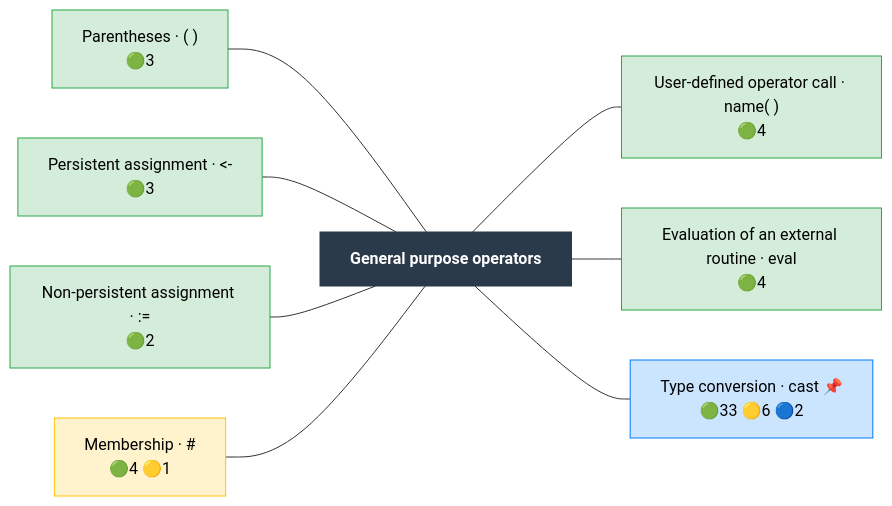
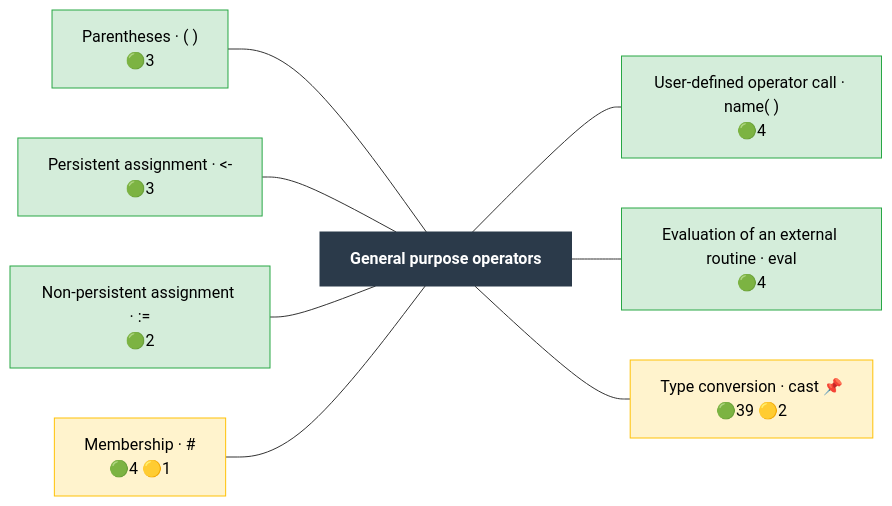
The diagram in docs/operator_map/general/index.rst (Meaningful-Data/vtlengine), drawn with Mermaid before and after one commit. The commit also changed other lines of this file and 86 other files, not shown here.

```diff
--- a/docs/operator_map/general/index.rst
+++ b/docs/operator_map/general/index.rst
@@ -24,33 +24,33 @@
 .. mermaid::
    :config: {"flowchart": {"useMaxWidth": false}}
 
    flowchart LR
        classDef ok fill:#d4edda,stroke:#28a745,color:#000
        classDef partial fill:#fff3cd,stroke:#ffc107,color:#000
        classDef refused fill:#d4edda,stroke:#28a745,stroke-width:3px,stroke-dasharray: 2 2,color:#000
        classDef missing fill:#f8d7da,stroke:#dc3545,color:#000
        classDef diverge fill:#cce5ff,stroke:#007bff,color:#000
        classDef block fill:#2b3a4a,stroke:#2b3a4a,color:#fff,font-weight:bold
        classDef ext fill:#fff,stroke:#666,color:#000,stroke-dasharray: 5 5
        B["General purpose operators"]:::block
        general__parentheses["Parentheses · ( )<br/>🟢3"]:::ok
        general__persistent_assignment["Persistent assignment · #60;-<br/>🟢3"]:::ok
        general__non_persistent_assignment["Non-persistent assignment · #58;#61;<br/>🟢2"]:::ok
        general__membership["Membership · #35;<br/>🟢4 🟡1"]:::partial
        general__udo_call["User-defined operator call · name( )<br/>🟢4"]:::ok
        general__eval["Evaluation of an external routine · eval<br/>🟢4"]:::ok
-       general__cast["Type conversion · cast 📌<br/>🟢33 🟡6 🔵2"]:::diverge
+       general__cast["Type conversion · cast 📌<br/>🟢39 🟡2"]:::partial
        general__parentheses --- B
        general__persistent_assignment --- B
        general__non_persistent_assignment --- B
        general__membership --- B
        B --- general__udo_call
        B --- general__eval
        B --- general__cast
        click general__parentheses href "parentheses.html"
        click general__persistent_assignment href "persistent_assignment.html"
        click general__non_persistent_assignment href "non_persistent_assignment.html"
        click general__membership href "membership.html"
        click general__udo_call href "udo_call.html"
        click general__eval href "eval.html"
        click general__cast href "cast.html"
```
